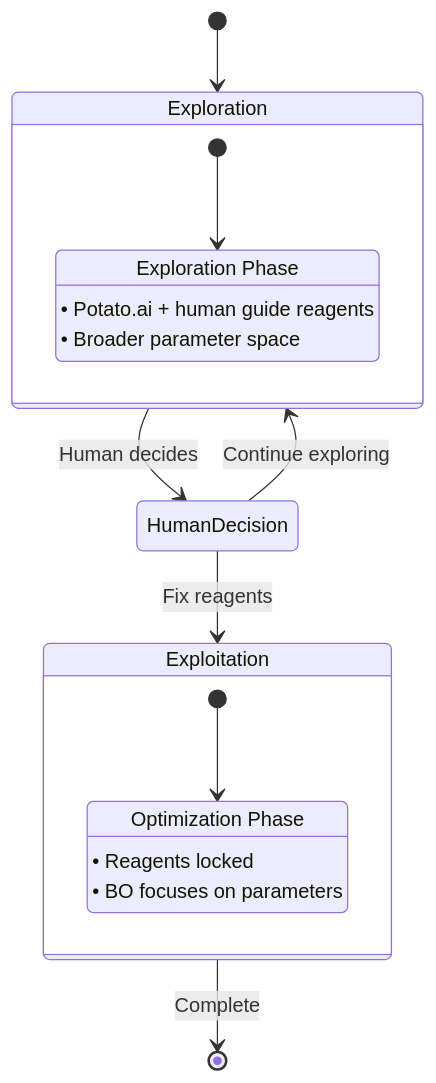
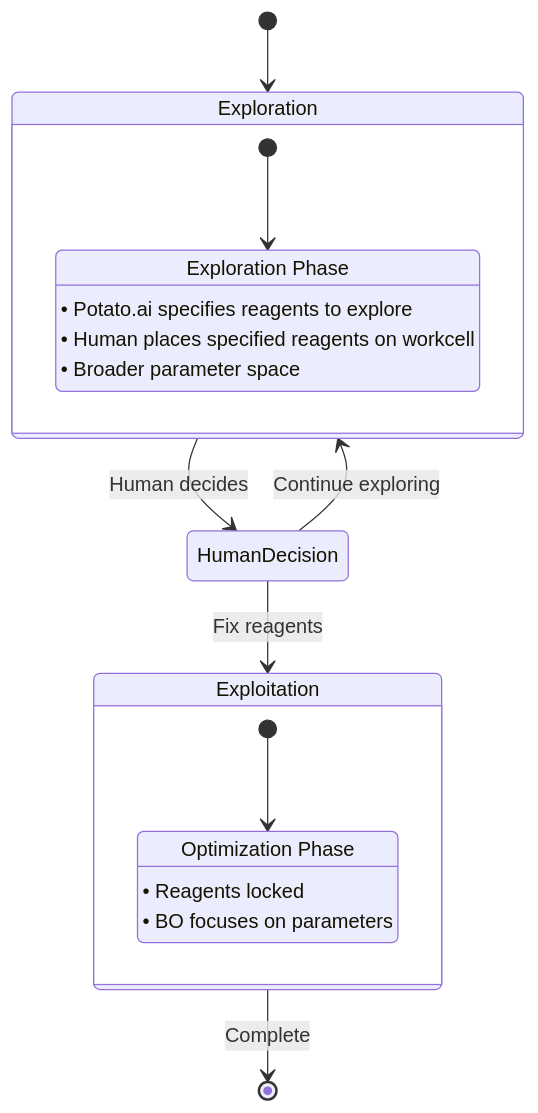
Before and after one commit to srustisain/closed-loop-ai-scientist-cell-culture-workcell: the fourth of 5 diagrams in SYSTEM_ARCHITECTURE.md, drawn with Mermaid. The commit also changed other lines of this file, not shown here.

Commit message:
Refine SYSTEM_ARCHITECTURE.md to clarify human roles in reagent handling. Updated terminology from "Reagent selection" to "Physical reagent placement" and adjusted flowchart descriptions for accuracy. Improved the trigger explanation for transitioning to fixed reagents.

````diff
--- a/SYSTEM_ARCHITECTURE.md
+++ b/SYSTEM_ARCHITECTURE.md
@@ -311,24 +312,25 @@
 ```mermaid
 stateDiagram
     [*] --> Exploration
     
     state Exploration {
         [*] --> PotatoGuided
         PotatoGuided: Exploration Phase
-        PotatoGuided: • Potato.ai + human guide reagents
+        PotatoGuided: • Potato.ai specifies reagents to explore
+        PotatoGuided: • Human places specified reagents on workcell
         PotatoGuided: • Broader parameter space
     }
     
     Exploration --> HumanDecision: Human decides
     HumanDecision --> Exploitation: Fix reagents
     HumanDecision --> Exploration: Continue exploring
     
     state Exploitation {
         [*] --> FixedReagents
         FixedReagents: Optimization Phase
         FixedReagents: • Reagents locked
         FixedReagents: • BO focuses on parameters
     }
     
     Exploitation --> [*]: Complete
 ```
````
